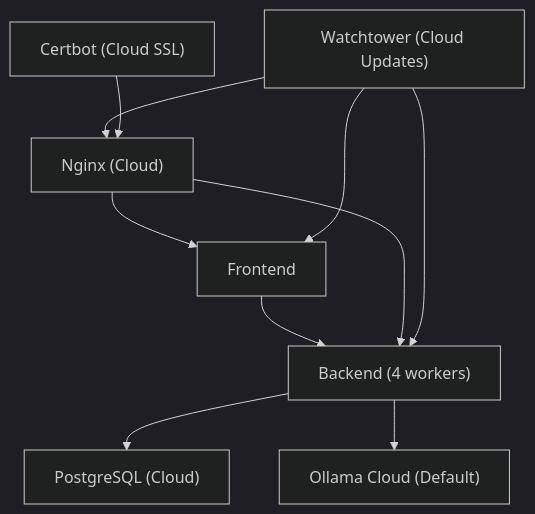
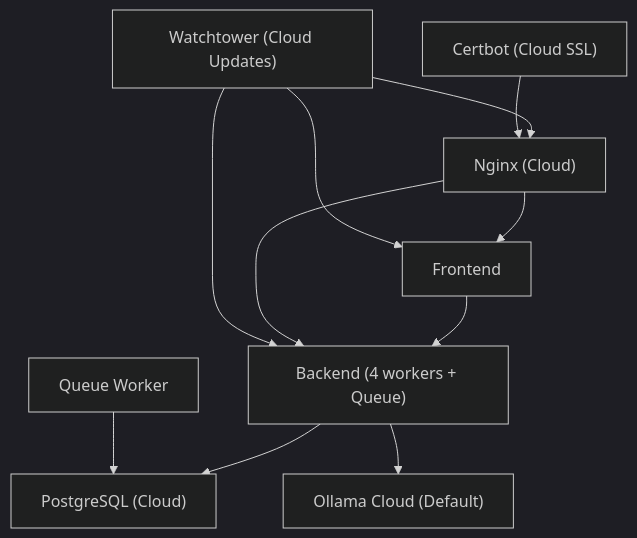
One commit to Revanththetalogics/aireume changed diagram 11 of 12 in .qoder/repowiki/en/content/Deployment & DevOps/Deployment & DevOps.md. Above: the diagram before and after it, drawn with Mermaid (dark theme). The commit also changed other lines of this file and 20 other files, not shown here.

````diff
--- a/.qoder/repowiki/en/content/Deployment & DevOps/Deployment & DevOps.md
+++ b/.qoder/repowiki/en/content/Deployment & DevOps/Deployment & DevOps.md
@@ -304,12 +498,13 @@
 ```mermaid
 graph TD
-Backend["Backend (4 workers)"] --> DB["PostgreSQL (Cloud)"]
+Backend["Backend (4 workers + Queue)"] --> DB["PostgreSQL (Cloud)"]
 Backend --> OllamaCloud["Ollama Cloud (Default)"]
 Frontend["Frontend"] --> Backend
 Nginx["Nginx (Cloud)"] --> Frontend
 Nginx --> Backend
 Watchtower["Watchtower (Cloud Updates)"] --> Backend
 Watchtower --> Frontend
 Watchtower --> Nginx
 Certbot["Certbot (Cloud SSL)"] --> Nginx
+QueueWorker["Queue Worker"] --> DB
 ```
````
